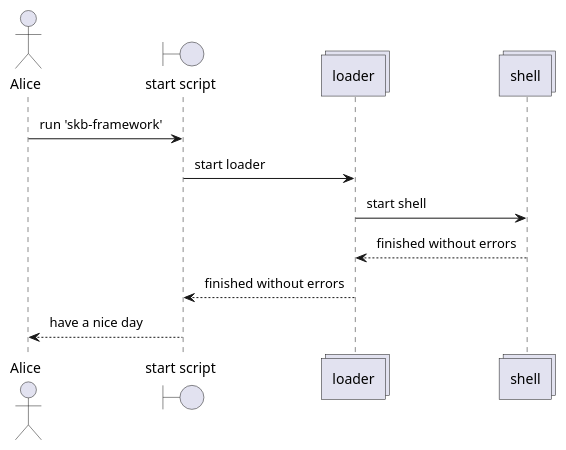
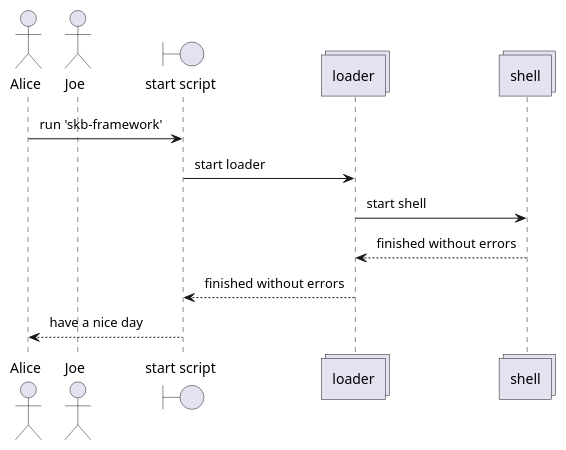
The diagram in src/main/images/implementation/sequence-diagrams/normal-interactive.puml (vdmeer/skb-framework), drawn with PlantUML before and after one commit.

```diff
--- a/src/main/images/implementation/sequence-diagrams/normal-interactive.puml
+++ b/src/main/images/implementation/sequence-diagrams/normal-interactive.puml
@@ -22,28 +22,29 @@
 @startuml
 
 skinparam SequenceBoxFontName "Calibri Normal"
 skinparam SequenceDelayFontName "Calibri Normal"
 skinparam SequenceDividerFontName "Calibri Normal"
 skinparam SequenceGroupFontName "Calibri Normal"
 skinparam SequenceGroupHeaderFontName "Calibri Normal"
 skinparam SequenceReferenceFontName "Calibri Normal"
 skinparam SequenceStereotypeFontName "Calibri Normal"
 skinparam SequenceTitleFontName "Calibri Normal"
 skinparam Padding 4
 
 
 
 actor Alice
+actor Joe
 boundary "start script"
 collections loader
 collections shell
 
 Alice -> "start script" : run 'skb-framework'
 "start script" -> loader : start loader
 loader -> shell : start shell
 shell --> loader : finished without errors
 loader --> "start script" : finished without errors
 "start script" --> Alice : have a nice day
 
 
 @enduml
```
